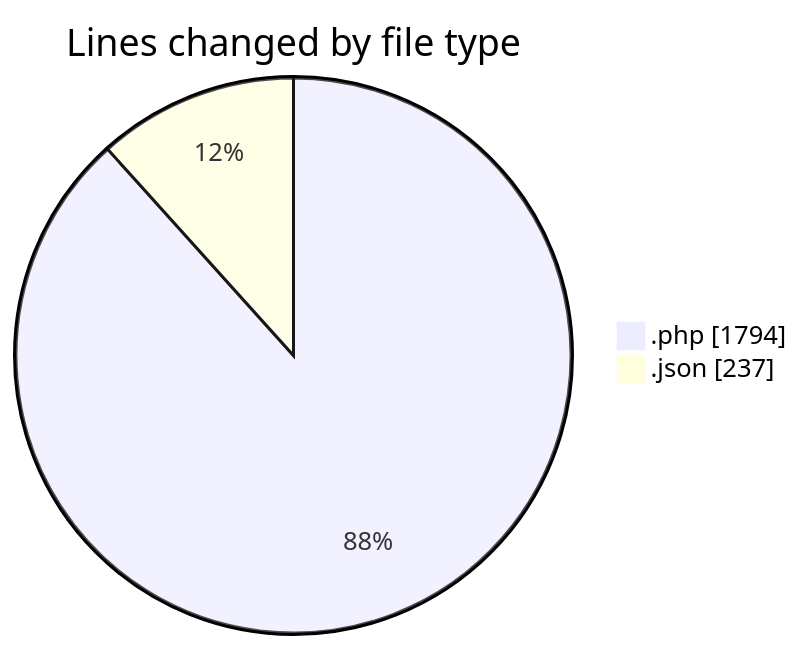
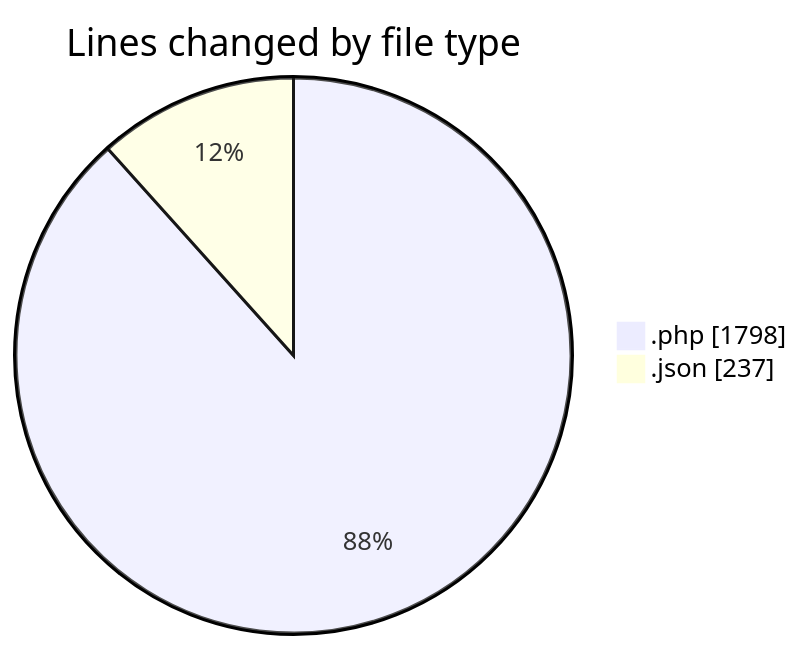
One commit to idhammustaqopulfikri/code-tracking changed the first of 2 diagrams in 2025-06-23/studio-backend/README.md. Above: the diagram before and after it, drawn with Mermaid. The commit also changed other lines of this file and 1 other file, not shown here.

````diff
--- a/2025-06-23/studio-backend/README.md
+++ b/2025-06-23/studio-backend/README.md
@@ -23,6 +23,6 @@
 ```mermaid
 pie showData
 title Lines changed by file type
-".php" : 1794
+".php" : 1798
 ".json" : 237
 ```
````
